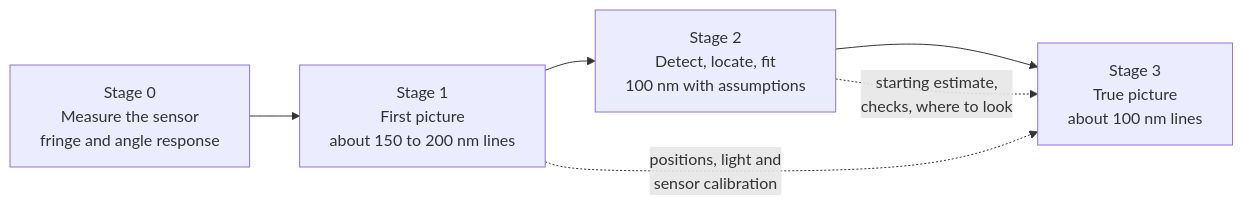
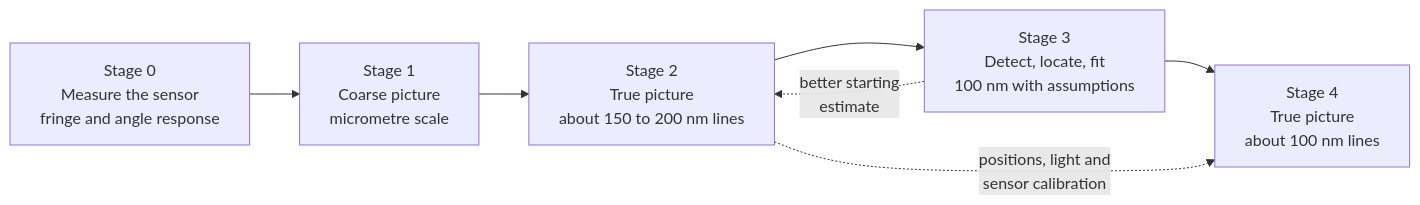
The first of 2 diagrams in docs/optical-elements.md (mithro/ccd-superres), drawn with Mermaid before and after one commit. The commit also changed other lines of this file, not shown here.

````diff
--- a/docs/optical-elements.md
+++ b/docs/optical-elements.md
@@ -813,8 +817,9 @@
 ```mermaid
 flowchart LR
-    S0["Stage 0<br/>Measure the sensor<br/>fringe and angle response"] --> S1["Stage 1<br/>First picture<br/>about 150 to 200 nm lines"]
-    S1 --> S2["Stage 2<br/>Detect, locate, fit<br/>100 nm with assumptions"]
-    S2 --> S3["Stage 3<br/>True picture<br/>about 100 nm lines"]
-    S1 -. "positions, light and<br/>sensor calibration" .-> S3
-    S2 -. "starting estimate,<br/>checks, where to look" .-> S3
+    S0["Stage 0<br/>Measure the sensor<br/>fringe and angle response"] --> S1["Stage 1<br/>Coarse picture<br/>micrometre scale"]
+    S1 --> S2["Stage 2<br/>True picture<br/>about 150 to 200 nm lines"]
+    S2 --> S3["Stage 3<br/>Detect, locate, fit<br/>100 nm with assumptions"]
+    S3 --> S4["Stage 4<br/>True picture<br/>about 100 nm lines"]
+    S3 -. "better starting<br/>estimate" .-> S2
+    S2 -. "positions, light and<br/>sensor calibration" .-> S4
 ```
````
